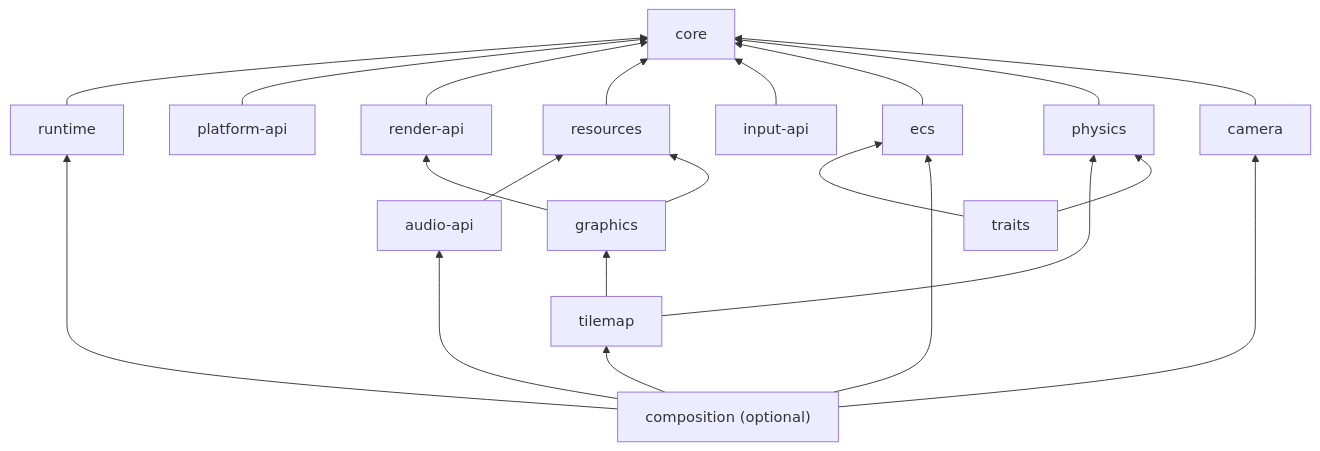
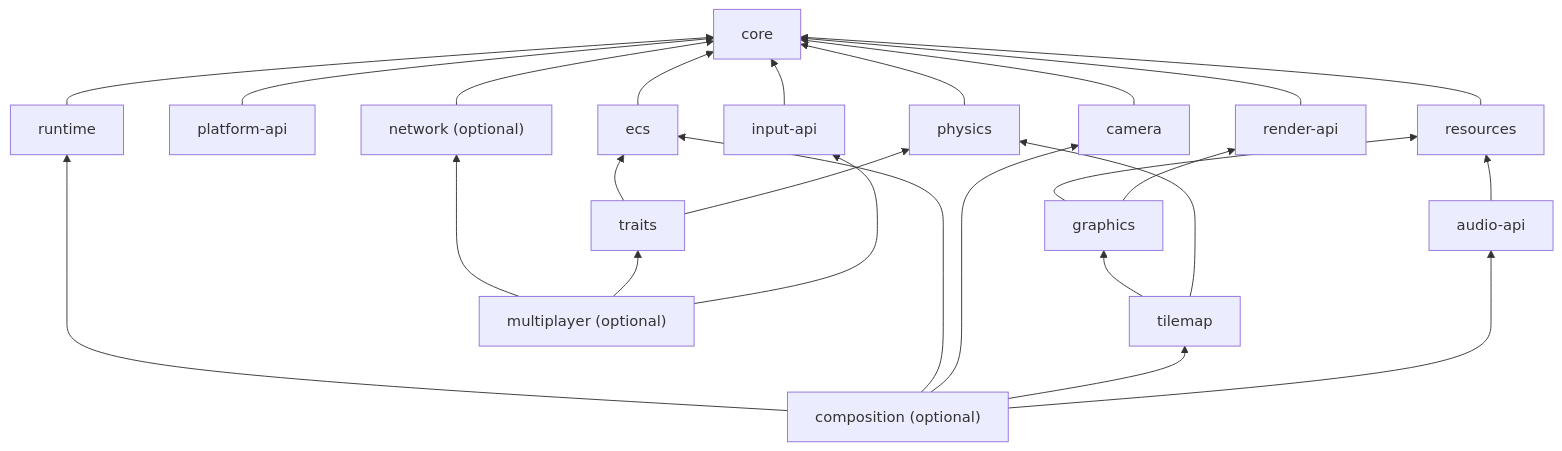
One commit to b3dgs/lionengine changed the diagram in docs/architecture/modules.md. Above: the diagram before and after it, drawn with Mermaid. The commit also changed other lines of this file and 25 other files, not shown here.

````diff
--- a/docs/architecture/modules.md
+++ b/docs/architecture/modules.md
@@ -39,24 +40,28 @@
 ```mermaid
 flowchart BT
   core[core]
   runtime[runtime] --> core
   papi[platform-api] --> core
   rapi[render-api] --> core
   res[resources] --> core
   iapi[input-api] --> core
   ecs[ecs] --> core
   physics[physics] --> core
   camera[camera] --> core
   aapi[audio-api] --> res
   graphics[graphics] --> res
   graphics --> rapi
   tilemap[tilemap] --> graphics
   tilemap --> physics
   traits[traits] --> ecs
   traits --> physics
   composition["composition (optional)"] --> runtime
   composition --> ecs
   composition --> camera
   composition --> tilemap
   composition --> aapi
+  network["network (optional)"] --> core
+  multiplayer["multiplayer (optional)"] --> network
+  multiplayer --> traits
+  multiplayer --> iapi
 ```
````
